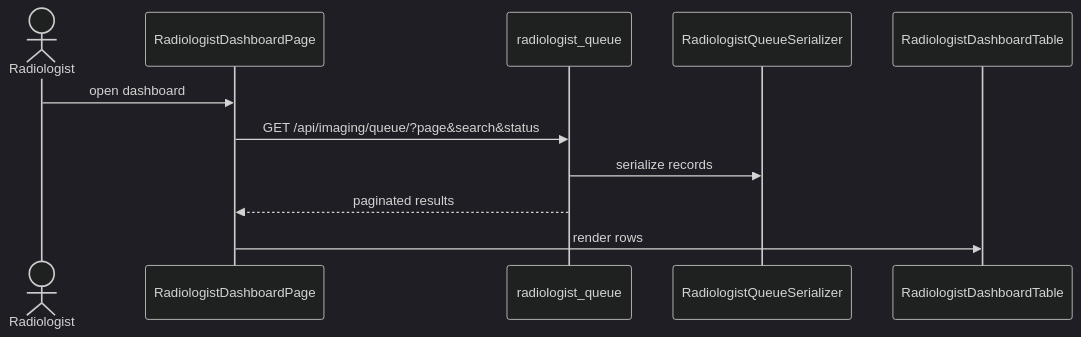
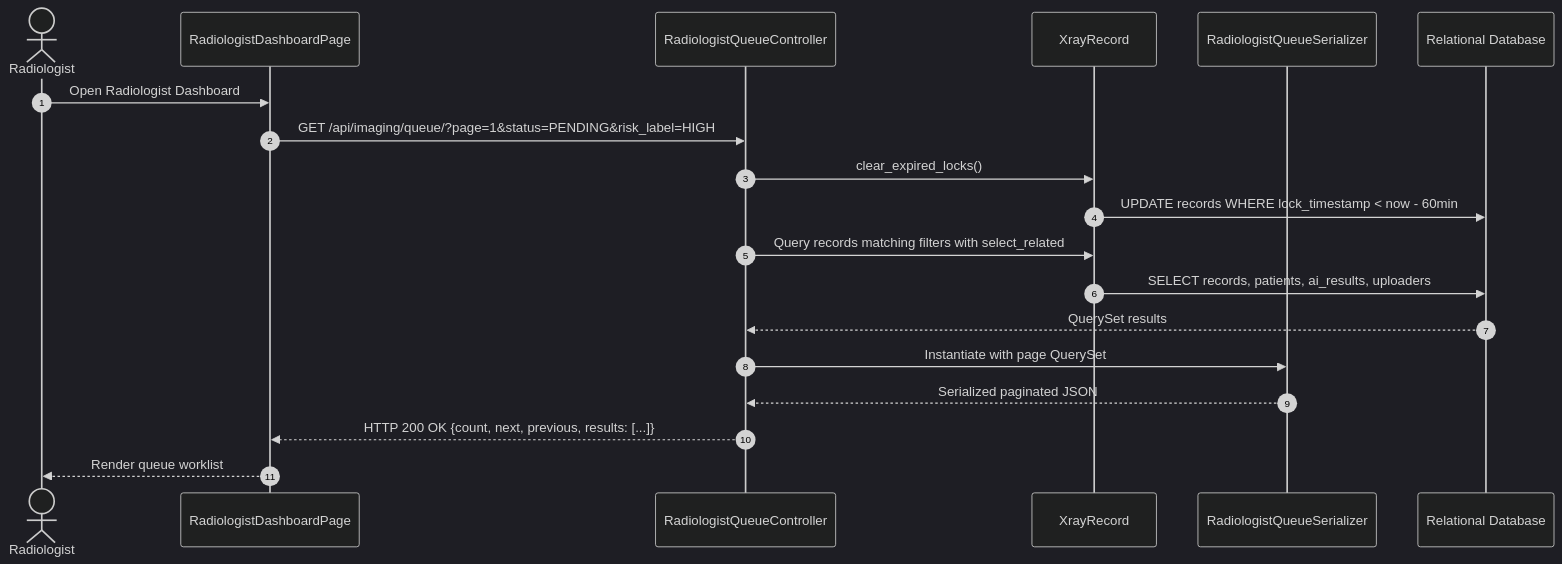
Before and after one commit to DymNomZ/TBXR: the diagram in documentation/sequence diagrams/2.1_Sequence Diagram.md, drawn with Mermaid (dark theme). The commit also changed 80 other files, not shown here.

````diff
--- a/documentation/sequence diagrams/2.1_Sequence Diagram.md
+++ b/documentation/sequence diagrams/2.1_Sequence Diagram.md
@@ -1,14 +1,22 @@
 ```mermaid
 sequenceDiagram
-    actor Radiologist
+    autonumber
+    actor Rad as Radiologist
     participant Page as RadiologistDashboardPage
-    participant API as radiologist_queue
+    participant View as RadiologistQueueController
+    participant Model as XrayRecord
     participant Ser as RadiologistQueueSerializer
-    participant Table as RadiologistDashboardTable
+    participant DB as Relational Database
 
-    Radiologist->>Page: open dashboard
-    Page->>API: GET /api/imaging/queue/?page&search&status
-    API->>Ser: serialize records
-    API-->>Page: paginated results
-    Page->>Table: render rows
+    Rad->>Page: Open Radiologist Dashboard
+    Page->>View: GET /api/imaging/queue/?page=1&status=PENDING&risk_label=HIGH
+    View->>Model: clear_expired_locks()
+    Model->>DB: UPDATE records WHERE lock_timestamp < now - 60min
+    View->>Model: Query records matching filters with select_related
+    Model->>DB: SELECT records, patients, ai_results, uploaders
+    DB-->>View: QuerySet results
+    View->>Ser: Instantiate with page QuerySet
+    Ser-->>View: Serialized paginated JSON
+    View-->>Page: HTTP 200 OK {count, next, previous, results: [...]}
+    Page-->>Rad: Render queue worklist
 ```
````
